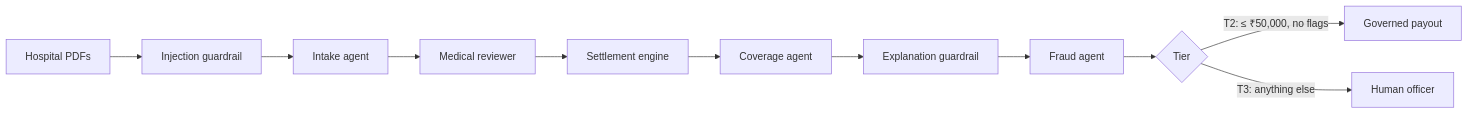
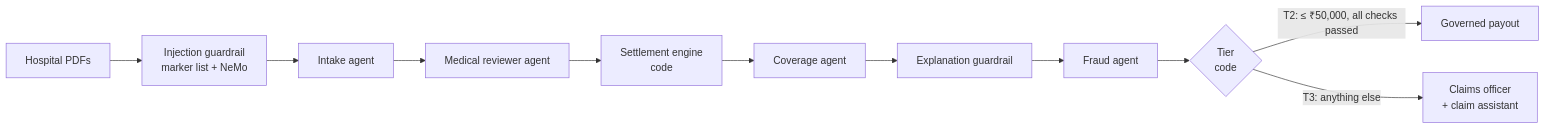
The diagram in README.md (PathuT/Claim-Guard), drawn with Mermaid before and after one commit. The commit also changed other lines of this file and 64 other files, not shown here.

````diff
--- a/README.md
+++ b/README.md
@@ -26,8 +94,8 @@
 ```mermaid
 flowchart LR
-    PDF[Hospital PDFs] --> G1[Injection guardrail] --> I[Intake agent] --> M[Medical reviewer]
-    M --> S[Settlement engine] --> C[Coverage agent] --> G2[Explanation guardrail] --> F[Fraud agent]
-    F --> T{Tier}
-    T -- "T2: ≤ ₹50,000, no flags" --> P[Governed payout]
-    T -- "T3: anything else" --> H[Human officer]
+    PDF[Hospital PDFs] --> G1[Injection guardrail<br/>marker list + NeMo] --> I[Intake agent] --> M[Medical reviewer agent]
+    M --> S[Settlement engine<br/>code] --> C[Coverage agent] --> G2[Explanation guardrail] --> F[Fraud agent]
+    F --> T{Tier<br/>code}
+    T -- "T2: ≤ ₹50,000, all checks passed" --> P[Governed payout]
+    T -- "T3: anything else" --> H[Claims officer<br/>+ claim assistant]
 ```
````
